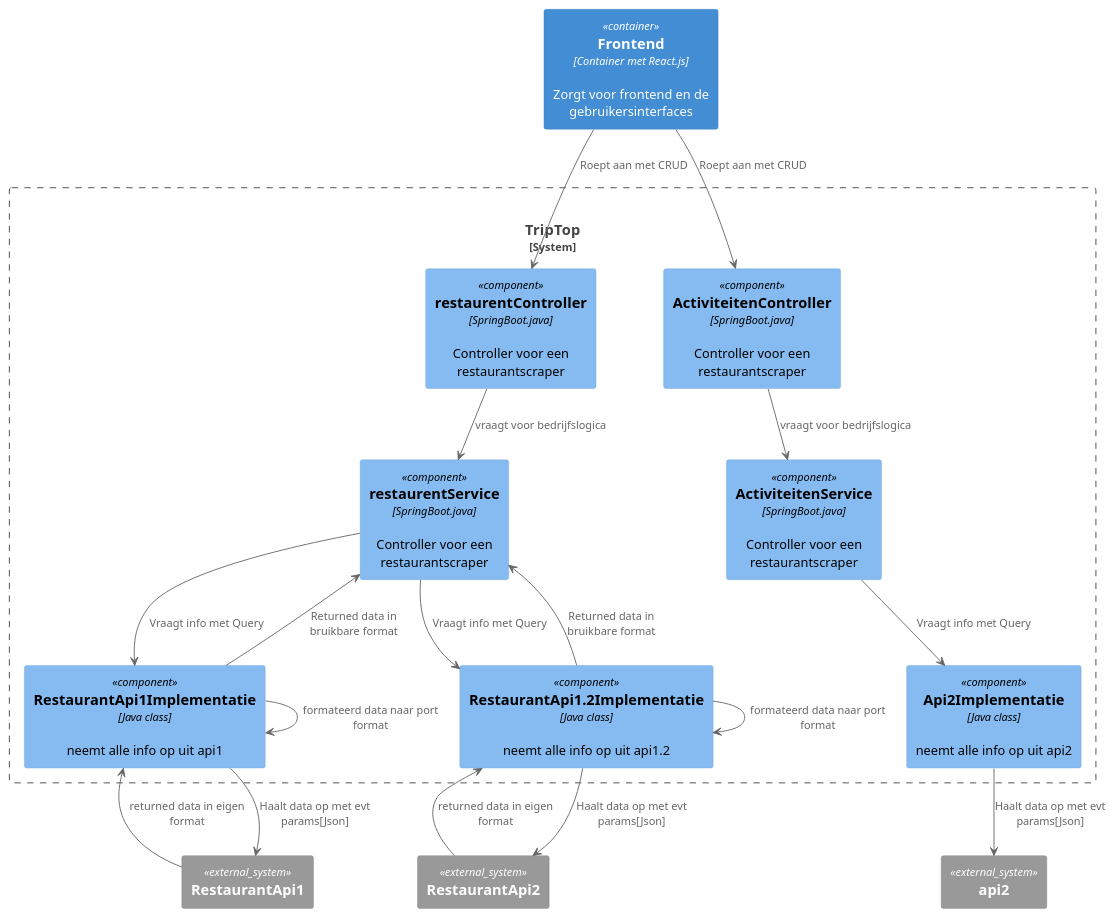
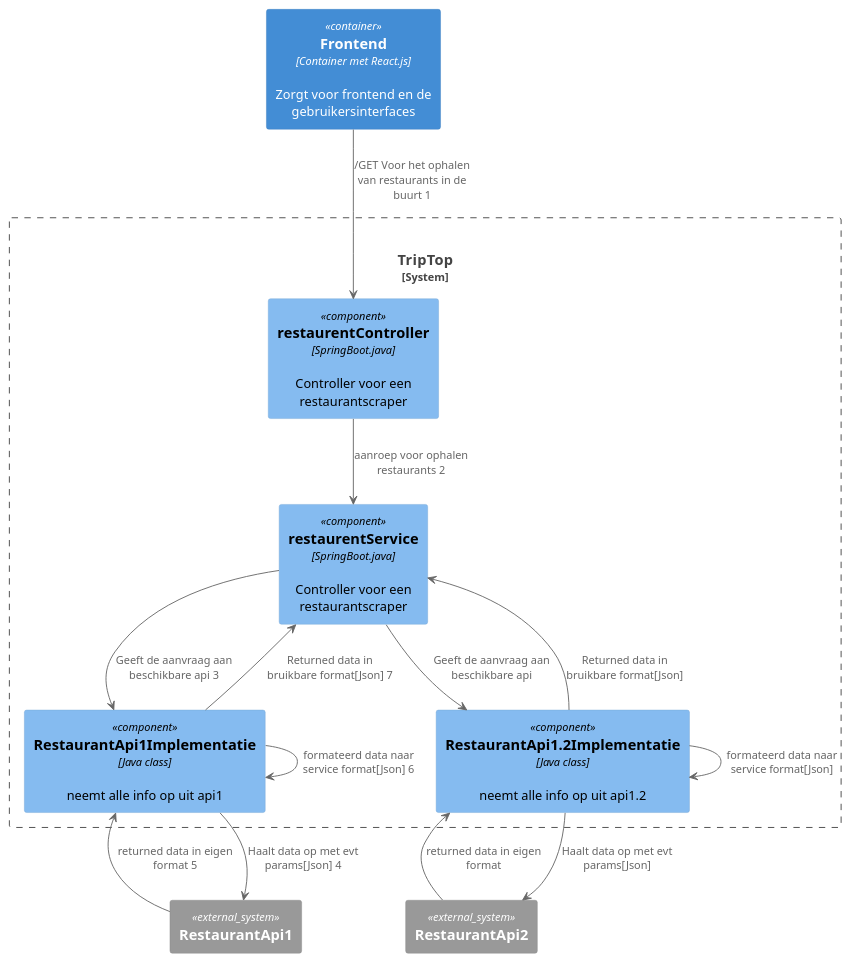
One commit to AIM-ENE-feb25/triptop-jrn changed the diagram in HuiswerkRob/huiswerk2-3/Dynamicdiagram.puml. Above: the diagram before and after it, drawn with PlantUML. The commit also changed 2 other files, not shown here.

```diff
--- a/HuiswerkRob/huiswerk2-3/Dynamicdiagram.puml
+++ b/HuiswerkRob/huiswerk2-3/Dynamicdiagram.puml
@@ -1,52 +1,40 @@
 @startuml
 !include <C4/C4_Container>
 !include <C4/C4_Component>
 !include https://raw.githubusercontent.com/plantuml-stdlib/C4-PlantUML/master/C4_Component.puml
 
 Container("frontend", "Frontend", "Container met React.js", "Zorgt voor frontend en de gebruikersinterfaces")
 
 System_Boundary(triptop_core, "TripTop") {
 Component("restaurentController1", "restaurentController","SpringBoot.java","Controller voor een restaurantscraper")
-Component("ActiviteitenController", "ActiviteitenController","SpringBoot.java","Controller voor een restaurantscraper")
 Component("restaurentService1", "restaurentService","SpringBoot.java","Controller voor een restaurantscraper")
-Component("ActiviteitenService", "ActiviteitenService","SpringBoot.java","Controller voor een restaurantscraper")
 Component("RestaurantApi1Implementatie", "RestaurantApi1Implementatie", "Java class", "neemt alle info op uit api1")
 Component("RestaurantApi1.2Implementatie", "RestaurantApi1.2Implementatie", "Java class", "neemt alle info op uit api1.2")
-Component("Api2Implementatie", "Api2Implementatie", "Java class", "neemt alle info op uit api2")
 }
 
 System_Ext("RestaurantApi1","RestaurantApi1")
 System_Ext("RestaurantApi2","RestaurantApi2")
-System_Ext("api2","api2")
 
+frontend --> restaurentController1 : "/GET Voor het ophalen van restaurants in de buurt 1"
 
-frontend --> restaurentController1 : "Roept aan met CRUD"
-frontend --> ActiviteitenController : "Roept aan met CRUD"
+restaurentController1 --> restaurentService1 : "aanroep voor ophalen restaurants 2"
 
-restaurentController1 --> restaurentService1 : "vraagt voor bedrijfslogica"
-ActiviteitenController --> ActiviteitenService : "vraagt voor bedrijfslogica"
+restaurentService1 --> "RestaurantApi1Implementatie" : "Geeft de aanvraag aan beschikbare api 3"
+restaurentService1 --> "RestaurantApi1.2Implementatie" : "Geeft de aanvraag aan beschikbare api"
 
-restaurentService1 --> "RestaurantApi1Implementatie" : "Vraagt info met Query"
-restaurentService1 --> "RestaurantApi1.2Implementatie" : "Vraagt info met Query"
-
-ActiviteitenService --> "Api2Implementatie" : "Vraagt info met Query"
-
-
-"RestaurantApi1Implementatie" --> "RestaurantApi1" : "Haalt data op met evt params[Json]"
+"RestaurantApi1Implementatie" --> "RestaurantApi1" : "Haalt data op met evt params[Json] 4"
 "RestaurantApi1.2Implementatie"--> "RestaurantApi2" : "Haalt data op met evt params[Json]"
 
-"Api2Implementatie" --> "api2" : "Haalt data op met evt params[Json]"
+"RestaurantApi2" --> "RestaurantApi1.2Implementatie" : "returned data in eigen format "
+"RestaurantApi1" --> "RestaurantApi1Implementatie" : "returned data in eigen format 5"
 
-"RestaurantApi2" --> "RestaurantApi1.2Implementatie" : "returned data in eigen format"
-"RestaurantApi1" --> "RestaurantApi1Implementatie" : "returned data in eigen format"
+"RestaurantApi1.2Implementatie" --> "RestaurantApi1.2Implementatie" : "formateerd data naar service format[Json]"
+"RestaurantApi1Implementatie" --> "RestaurantApi1Implementatie" : "formateerd data naar service format[Json] 6"
 
-"RestaurantApi1.2Implementatie" --> "RestaurantApi1.2Implementatie" : "formateerd data naar port format"
-"RestaurantApi1Implementatie" --> "RestaurantApi1Implementatie" : "formateerd data naar port format"
-
-"RestaurantApi1Implementatie" --> "restaurentService1" : "Returned data in bruikbare format"
-"RestaurantApi1.2Implementatie" --> "restaurentService1" : "Returned data in bruikbare format"
+"RestaurantApi1Implementatie" --> "restaurentService1" : "Returned data in bruikbare format[Json] 7"
+"RestaurantApi1.2Implementatie" --> "restaurentService1" : "Returned data in bruikbare format[Json]"
 
 
 
 
 @enduml
```
